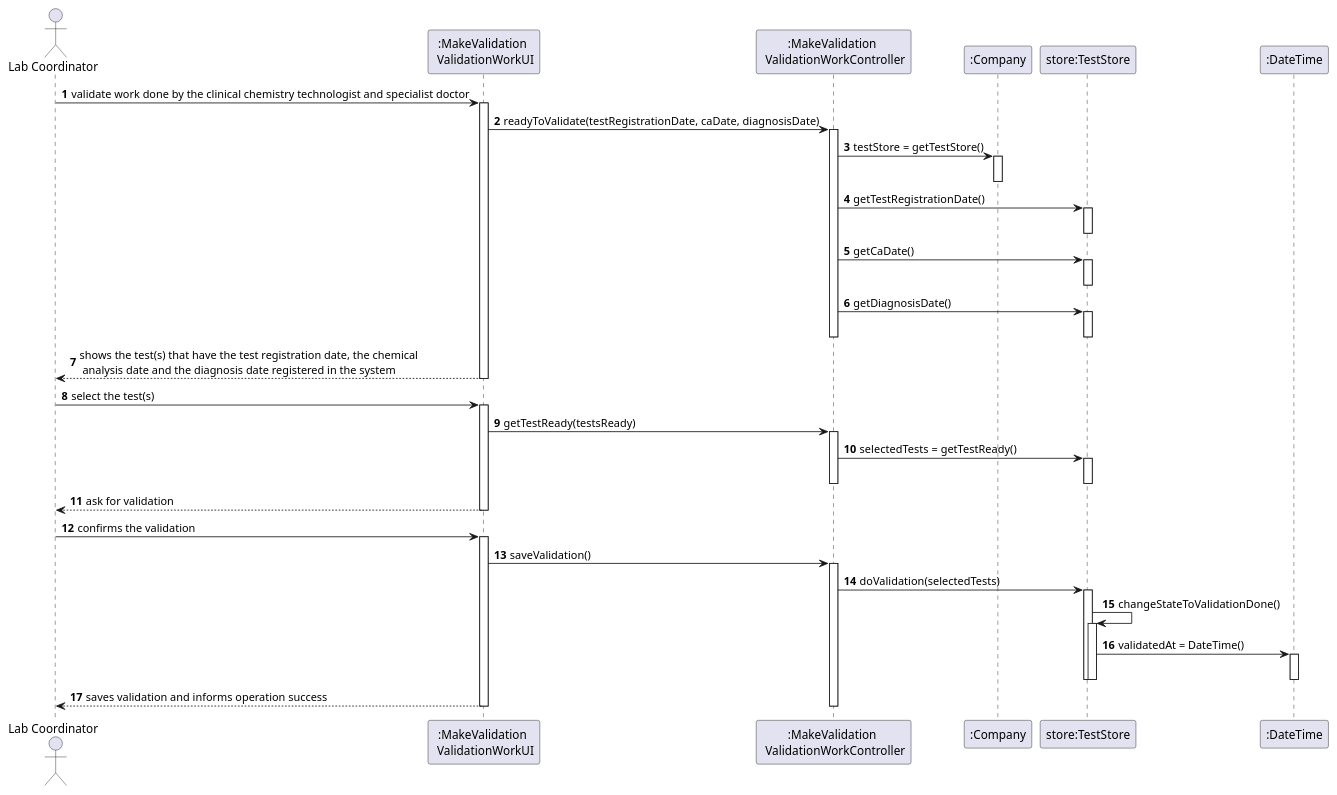
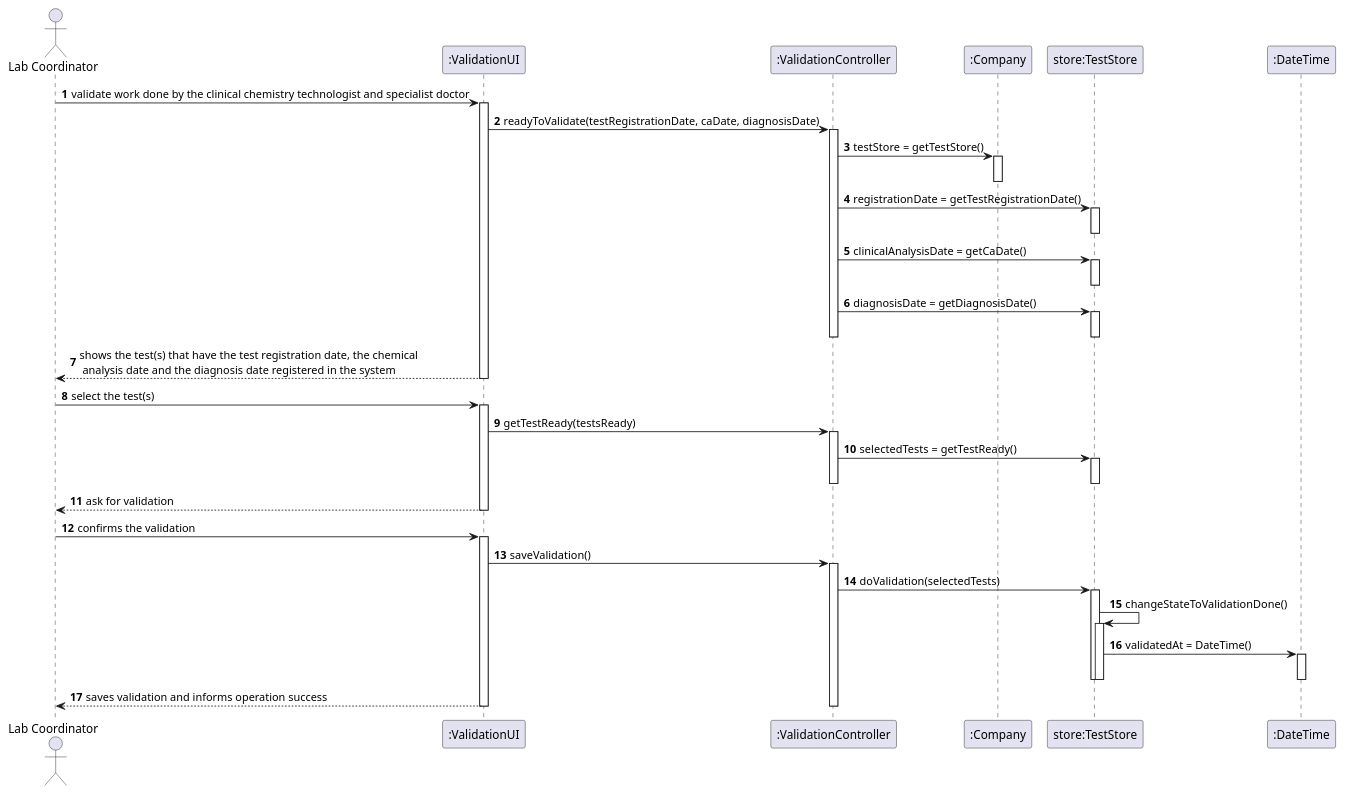
Before and after one commit to GuilhermeCunha79/lapr2: the diagram in docs/SprintC/US15/UC15_SD.puml, drawn with PlantUML. The commit also changed 3 other files, not shown here.

```diff
--- a/docs/SprintC/US15/UC15_SD.puml
+++ b/docs/SprintC/US15/UC15_SD.puml
@@ -1,70 +1,65 @@
 @startuml
 autonumber
 'hide footbox
 actor "Lab Coordinator" as LC
 
-participant ":MakeValidation \n ValidationWorkUI" as UI
-participant ":MakeValidation \n ValidationWorkController" as CTRL
+participant ":ValidationUI" as UI
+participant ":ValidationController" as CTRL
 participant ":Company" as C
 participant "store:TestStore" as TS
 participant ":DateTime" as DT
 
 
 LC -> UI : validate work done by the clinical chemistry technologist and specialist doctor
 activate UI
     UI -> CTRL : readyToValidate(testRegistrationDate, caDate, diagnosisDate)
     activate CTRL
     CTRL -> C : testStore = getTestStore()
     activate C
     deactivate C
-    CTRL -> TS : getTestRegistrationDate()
+    CTRL -> TS : registrationDate = getTestRegistrationDate()
     activate TS
     deactivate TS
-    CTRL -> TS : getCaDate()
+    CTRL -> TS : clinicalAnalysisDate = getCaDate()
     activate TS
     deactivate TS
-    CTRL -> TS : getDiagnosisDate()
+    CTRL -> TS : diagnosisDate = getDiagnosisDate()
      activate TS
         deactivate TS
     deactivate CTRL
     UI --> LC : shows the test(s) that have the test registration date, the chemical\n analysis date and the diagnosis date registered in the system
 deactivate UI
 
 LC -> UI : select the test(s)
 activate UI
 
 UI -> CTRL : getTestReady(testsReady)
 activate CTRL
 CTRL -> TS : selectedTests = getTestReady()
 activate TS
 deactivate TS
 deactivate CTRL
-
-
-
-
-
     deactivate CTRL
     UI --> LC : ask for validation
 deactivate UI
 LC -> UI : confirms the validation
 activate UI
     UI -> CTRL : saveValidation()
     activate CTRL
     CTRL -> TS : doValidation(selectedTests)
     activate TS
     TS -> TS : changeStateToValidationDone()
     activate TS
     TS -> DT : validatedAt = DateTime()
     activate DT
     deactivate DT
     deactivate TS
     deactivate TS
 
 
 UI --> LC : saves validation and informs operation success
 deactivate C
 deactivate UI
 deactivate CTRL
 
 @enduml
```
